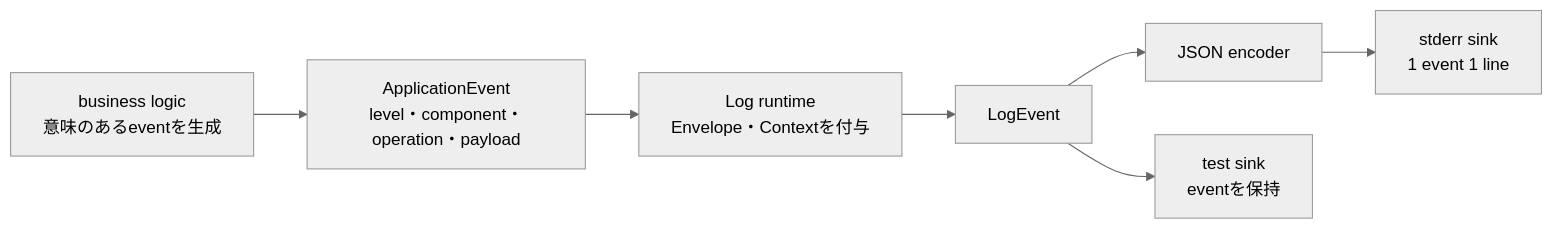
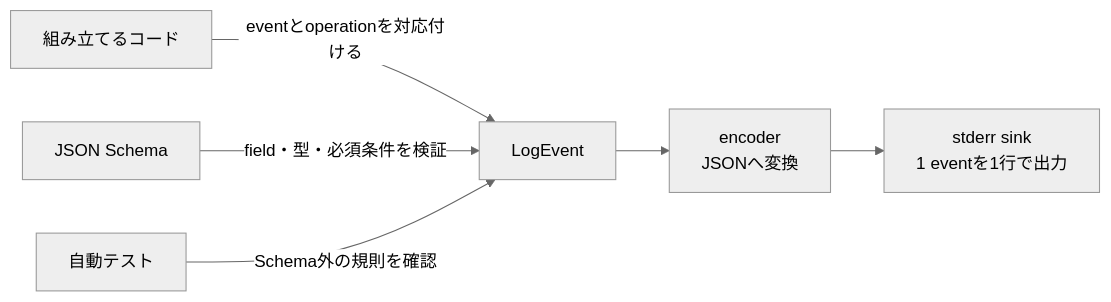
Before and after one commit to takashit16833/RAGScope: the fourth of 4 diagrams in project-docs/design/エラー・ログ設計.md, drawn with Mermaid (neutral theme). The commit also changed other lines of this file and 17 other files, not shown here.

````diff
--- a/project-docs/design/エラー・ログ設計.md
+++ b/project-docs/design/エラー・ログ設計.md
@@ -350,9 +390,7 @@
 ```mermaid
 flowchart LR
-    Logic["business logic<br>意味のあるeventを生成"] --> AppEvent["ApplicationEvent<br>level・component・operation・payload"]
-    AppEvent --> Runtime["Log runtime<br>Envelope・Contextを付与"]
-    Runtime --> Complete["LogEvent"]
-    Complete --> Encoder["JSON encoder"]
-    Encoder --> Stderr["stderr sink<br>1 event 1 line"]
-    Complete --> Memory["test sink<br>eventを保持"]
+    Builder["組み立てるコード"] -->|eventとoperationを対応付ける| Event["LogEvent"]
+    Schema["JSON Schema"] -->|field・型・必須条件を検証| Event
+    Test["自動テスト"] -->|Schema外の規則を確認| Event
+    Event --> Encoder["encoder<br>JSONへ変換"] --> Sink["stderr sink<br>1 eventを1行で出力"]
 ```
````
